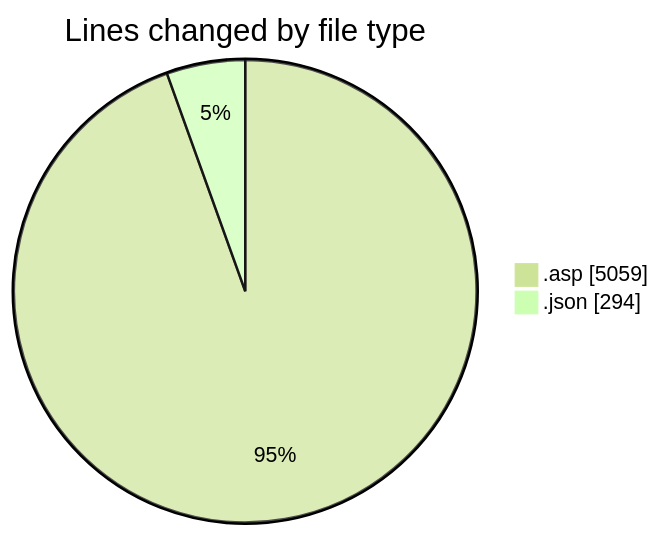
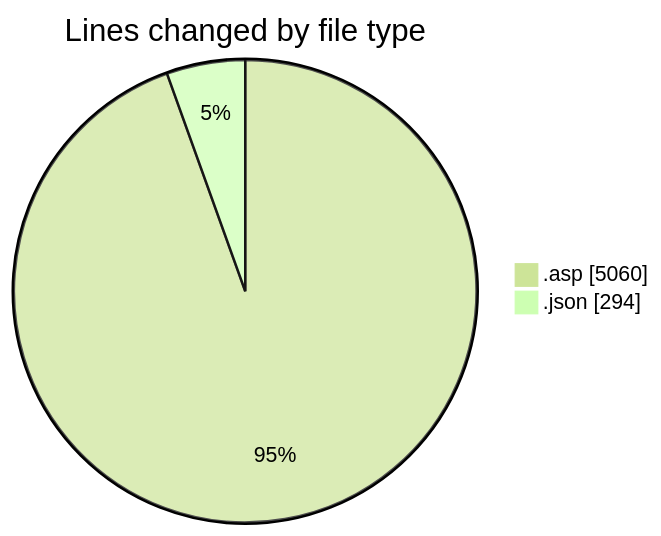
One commit to julien-gomy/code-tracking changed the first of 2 diagrams in 2025-10-27/usr_aleoudev_fr__workspace_/README.md. Above: the diagram before and after it, drawn with Mermaid (forest theme). The commit also changed other lines of this file and 1 other file, not shown here.

````diff
--- a/2025-10-27/usr_aleoudev_fr__workspace_/README.md
+++ b/2025-10-27/usr_aleoudev_fr__workspace_/README.md
@@ -25,6 +25,6 @@
 ```mermaid
 pie showData
 title Lines changed by file type
-".asp" : 5059
+".asp" : 5060
 ".json" : 294
 ```
````
